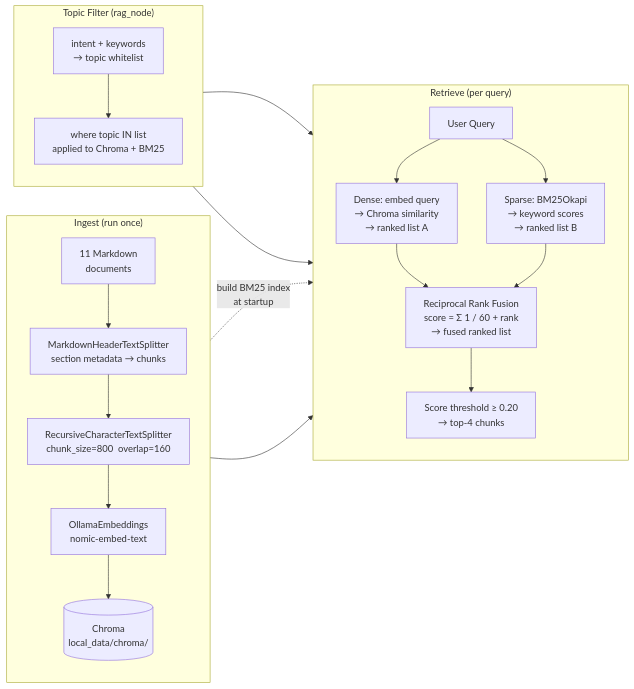
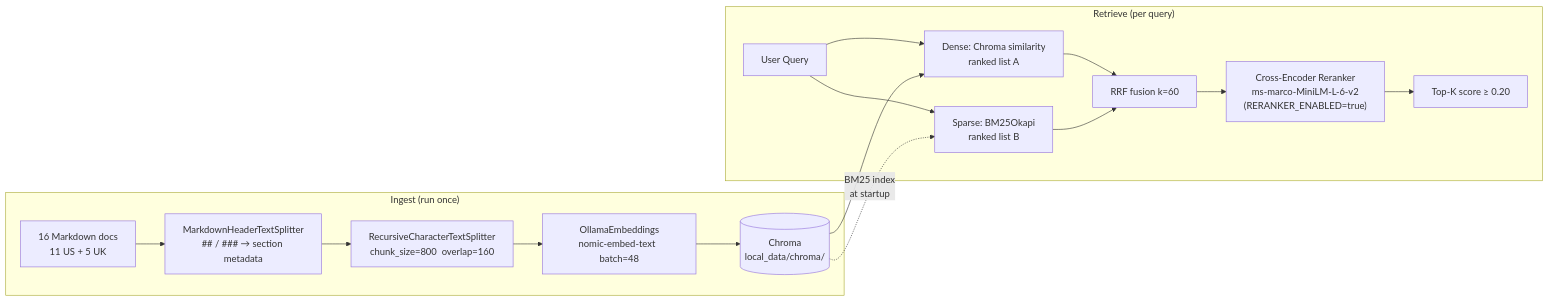
The third of 3 diagrams in finance-assistant/README.md (HumzaAwan/finance-assistant), drawn with Mermaid before and after one commit. The commit also changed other lines of this file and 32 other files, not shown here.

````diff
--- a/finance-assistant/README.md
+++ b/finance-assistant/README.md
@@ -76,37 +84,26 @@
 ```mermaid
 flowchart LR
     subgraph Ingest["Ingest  (run once)"]
-        direction TB
-        DOCS["11 Markdown\ndocuments"]
-        MHS["MarkdownHeaderTextSplitter\nsection metadata → chunks"]
+        DOCS["16 Markdown docs\n11 US + 5 UK"]
+        MHS["MarkdownHeaderTextSplitter\n## / ### → section metadata"]
         RCS["RecursiveCharacterTextSplitter\nchunk_size=800  overlap=160"]
-        EMB["OllamaEmbeddings\nnomic-embed-text"]
+        EMB["OllamaEmbeddings\nnomic-embed-text  batch=48"]
         CHR[("Chroma\nlocal_data/chroma/")]
 
         DOCS --> MHS --> RCS --> EMB --> CHR
     end
 
     subgraph Retrieve["Retrieve  (per query)"]
-        direction TB
         Q["User Query"]
-        VEC["Dense: embed query\n→ Chroma similarity\n→ ranked list A"]
-        BM["Sparse: BM25Okapi\n→ keyword scores\n→ ranked list B"]
-        RRF["Reciprocal Rank Fusion\nscore = Σ 1 / 60 + rank\n→ fused ranked list"]
-        THR["Score threshold ≥ 0.20\n→ top-4 chunks"]
+        VEC["Dense: Chroma similarity\nranked list A"]
+        BM["Sparse: BM25Okapi\nranked list B"]
+        RRF["RRF fusion  k=60"]
+        CE["Cross-Encoder Reranker\nms-marco-MiniLM-L-6-v2\n(RERANKER_ENABLED=true)"]
+        THR["Top-K  score ≥ 0.20"]
 
-        Q --> VEC & BM
-        VEC & BM --> RRF --> THR
+        Q --> VEC & BM --> RRF --> CE --> THR
     end
 
-    subgraph Filter["Topic Filter  (rag_node)"]
-        direction TB
-        MAP["intent + keywords\n→ topic whitelist"]
-        WH["where topic IN list\napplied to Chroma + BM25"]
-        MAP --> WH
-    end
-
-    CHR -.->|"build BM25 index\nat startup"| BM
+    CHR -.->|"BM25 index\nat startup"| BM
     CHR --> VEC
-    Filter --> VEC
-    Filter --> BM
 ```
````
